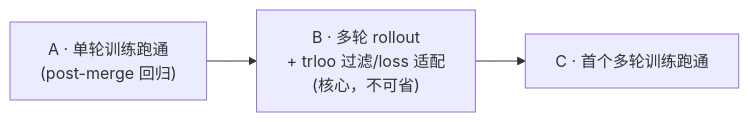
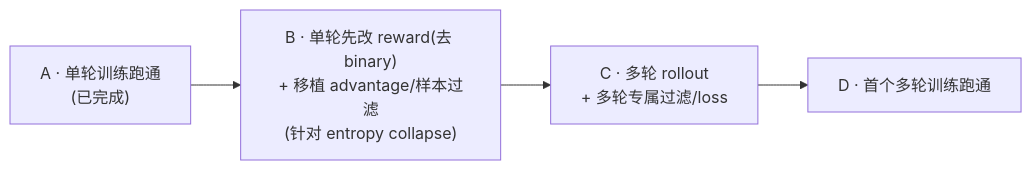
The diagram in handoffs/in_progress/handoff_drkernel_slime_plan.md (L-hongbin/slime-kernel-agent), drawn with Mermaid before and after one commit. The commit also changed other lines of this file and 2 other files, not shown here.

First line of the commit message:
docs(handoff): reward-first Milestone B + entropy-collapse handoff

````diff
--- a/handoffs/in_progress/handoff_drkernel_slime_plan.md
+++ b/handoffs/in_progress/handoff_drkernel_slime_plan.md
@@ -42,4 +43,4 @@
 ```mermaid
 graph LR
-    A["A · 单轮训练跑通<br/>(post-merge 回归)"] --> B["B · 多轮 rollout<br/>+ trloo 过滤/loss 适配<br/>(核心，不可省)"] --> C["C · 首个多轮训练跑通"]
+    A["A · 单轮训练跑通<br/>(已完成)"] --> B["B · 单轮先改 reward(去 binary)<br/>+ 移植 advantage/样本过滤<br/>(针对 entropy collapse)"] --> C["C · 多轮 rollout<br/>+ 多轮专属过滤/loss"] --> D["D · 首个多轮训练跑通"]
 ```
````
